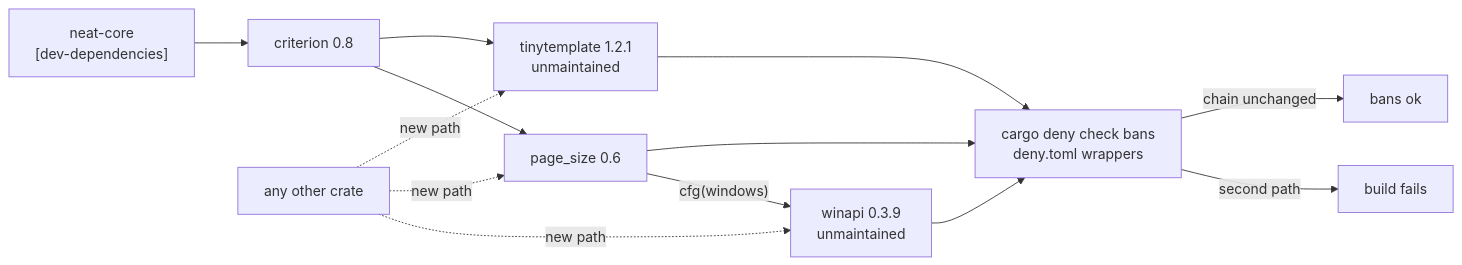
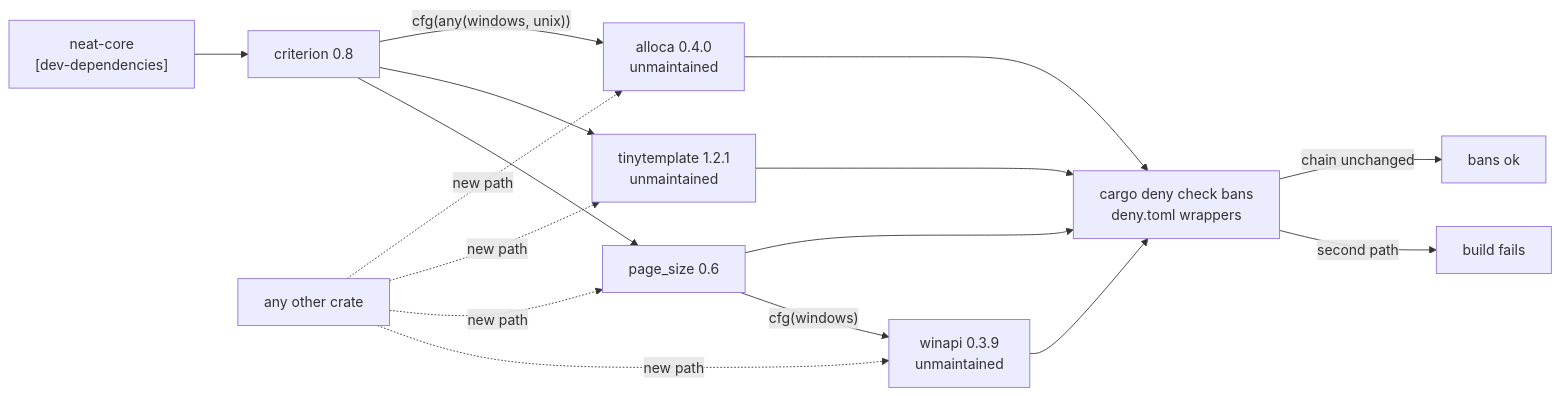
One commit to stSoftwareAU/NEAT-AI-core changed the third of 5 diagrams in SECURITY.md. Above: the diagram before and after it, drawn with Mermaid. The commit also changed other lines of this file and 8 other files, not shown here.

First line of the commit message:
🟢 ORPHAN-STALE: `alloca` (via criterion) is unmaintained and missing from the existing orphan-containment policy (Issue #720) (#724)

````diff
--- a/SECURITY.md
+++ b/SECURITY.md
@@ -265,15 +277,18 @@
 ```mermaid
 flowchart LR
     Core["neat-core<br/>[dev-dependencies]"] --> Crit[criterion 0.8]
     Crit --> PS[page_size 0.6]
     PS -->|"cfg(windows)"| Win["winapi 0.3.9<br/>unmaintained"]
     Crit --> TT["tinytemplate 1.2.1<br/>unmaintained"]
+    Crit -->|"cfg(any(windows, unix))"| AL["alloca 0.4.0<br/>unmaintained"]
     Other["any other crate"] -.->|new path| Win
     Other -.->|new path| PS
     Other -.->|new path| TT
+    Other -.->|new path| AL
     Win --> Bans["cargo deny check bans<br/>deny.toml wrappers"]
     PS --> Bans
     TT --> Bans
+    AL --> Bans
     Bans -->|second path| Fail["build fails"]
     Bans -->|chain unchanged| Pass[bans ok]
 ```
````
